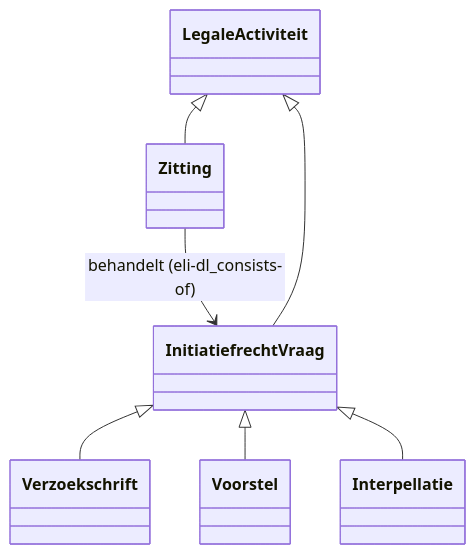
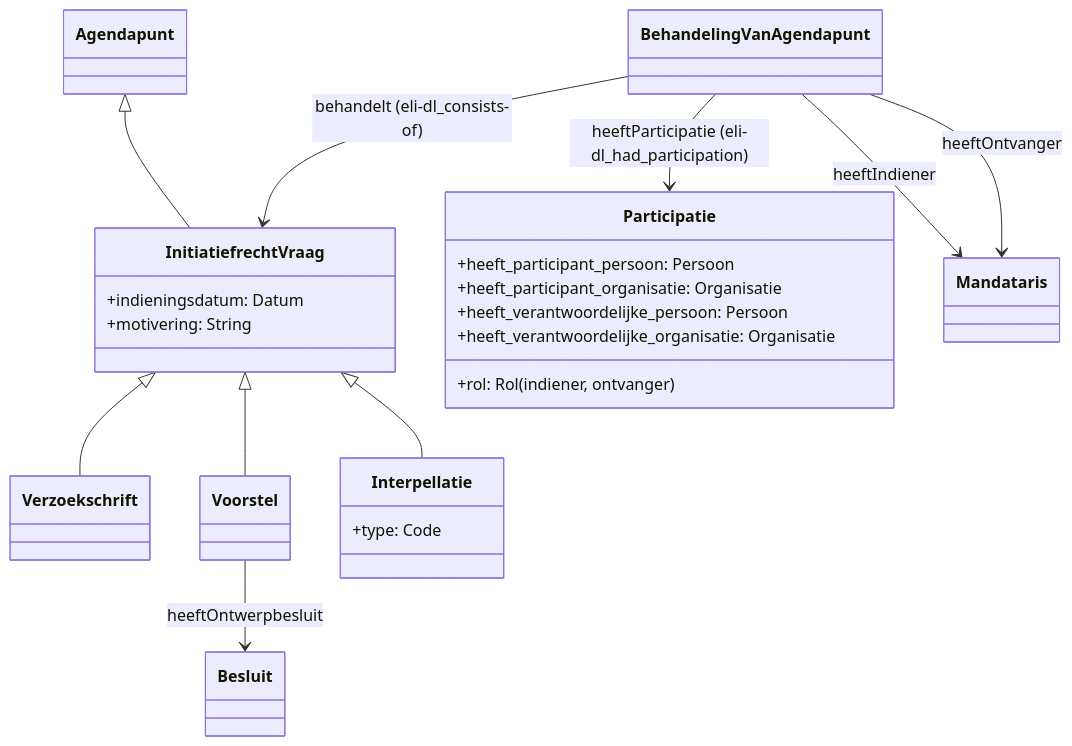
The tenth of 10 diagrams in README.md (Informatievlaanderen/OSLOthema-slimmeRaadpleegOmgeving), drawn with Mermaid before and after one commit.

````diff
--- a/README.md
+++ b/README.md
@@ -344,10 +344,30 @@
 ```mermaid
 classDiagram
-    Zitting --> InitiatiefrechtVraag: behandelt (eli-dl_consists-of)
-    LegaleActiviteit <|-- Zitting
-    LegaleActiviteit <|-- InitiatiefrechtVraag
+    Agendapunt <|-- InitiatiefrechtVraag 
+    BehandelingVanAgendapunt --> InitiatiefrechtVraag: behandelt (eli-dl_consists-of)
     InitiatiefrechtVraag <|-- Verzoekschrift
     InitiatiefrechtVraag <|-- Voorstel
     InitiatiefrechtVraag <|-- Interpellatie
 
+    Voorstel --> Besluit: heeftOntwerpbesluit
+    BehandelingVanAgendapunt --> Participatie: heeftParticipatie (eli-dl_had_participation)
+    BehandelingVanAgendapunt --> Mandataris: heeftIndiener
+    BehandelingVanAgendapunt --> Mandataris: heeftOntvanger
+
+    class InitiatiefrechtVraag {
+      +indieningsdatum: Datum
+      +motivering: String
+    }
+    class Participatie {
+      +heeft_participant_persoon: Persoon
+      +heeft_participant_organisatie: Organisatie
+      +rol: Rol (indiener, ontvanger)
+      +heeft_verantwoordelijke_persoon: Persoon
+     +heeft_verantwoordelijke_organisatie: Organisatie
+    }
+
+    class Interpellatie {
+      +type: Code
+    }
+  
 ```
````
